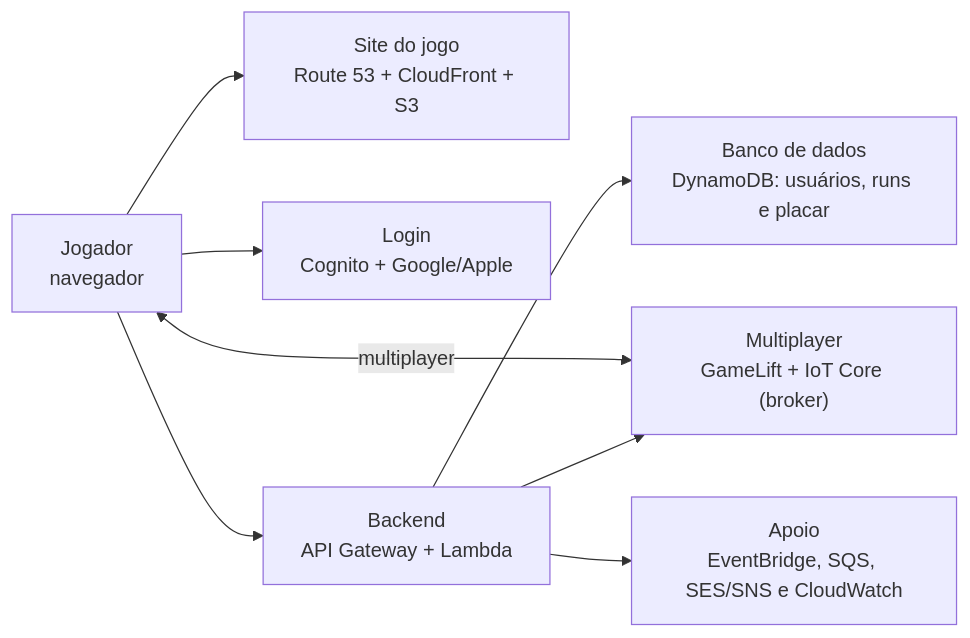
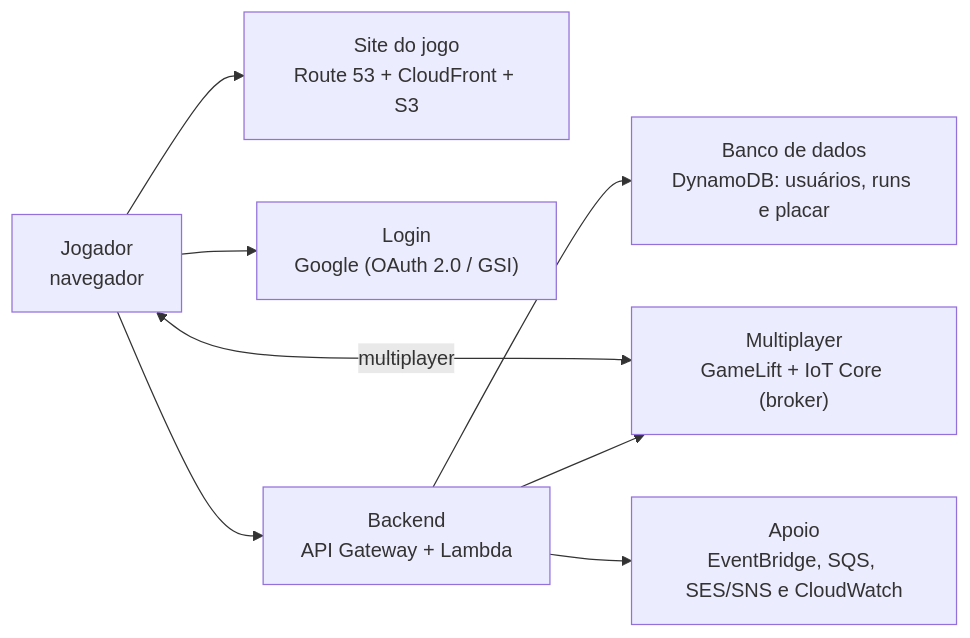
The diagram in docs/diagrama-nuvem.md (tes-victor-lucas/plataforma-c-escape-from-floripa), drawn with Mermaid before and after one commit. The commit also changed other lines of this file and 3 other files, not shown here.

Commit message:
docs(nuvem): descreve o login com Google no lugar do Cognito

````diff
--- a/docs/diagrama-nuvem.md
+++ b/docs/diagrama-nuvem.md
@@ -7,18 +7,18 @@
 ```mermaid
 flowchart LR
     J["Jogador<br/>navegador"]
     WEB["Site do jogo<br/>Route 53 + CloudFront + S3"]
-    LOGIN["Login<br/>Cognito + Google/Apple"]
+    LOGIN["Login<br/>Google (OAuth 2.0 / GSI)"]
     BACK["Backend<br/>API Gateway + Lambda"]
     DB["Banco de dados<br/>DynamoDB: usuários, runs e placar"]
     MULTI["Multiplayer<br/>GameLift + IoT Core (broker)"]
     SUPPORT["Apoio<br/>EventBridge, SQS, SES/SNS e CloudWatch"]
 
     J --> WEB
     J --> LOGIN
     J --> BACK
     BACK --> DB
     J <-->|"multiplayer"| MULTI
     BACK --> MULTI
     BACK --> SUPPORT
 ```
````
